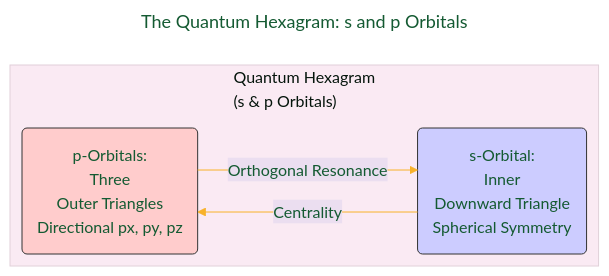
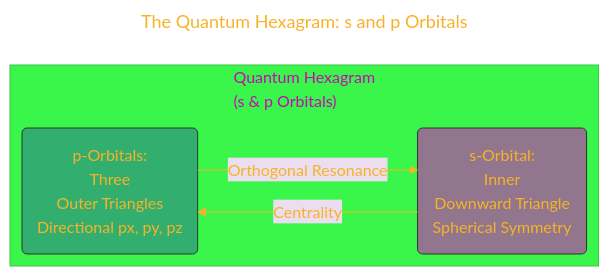
Before and after one commit to CongLeSolutionX/Harmonic_Atomica: the first of 10 diagrams in Quantum_Harmonic_Atomic_Model/Quantum_Harmonic_Atomic_Model_Draft_6.md, drawn with Mermaid. The commit also changed other lines of this file and 1 other file, not shown here.

````diff
--- a/Quantum_Harmonic_Atomic_Model/Quantum_Harmonic_Atomic_Model_Draft_6.md
+++ b/Quantum_Harmonic_Atomic_Model/Quantum_Harmonic_Atomic_Model_Draft_6.md
@@ -25,39 +25,39 @@
 ```mermaid
 ---
 title: "The Quantum Hexagram: s and p Orbitals"
 author: "Cong Le"
 version: "1.0"
 license(s): "MIT, CC BY 4.0"
 copyright: "Copyright (c) 2025 Cong Le. All Rights Reserved."
 config:
   layout: elk
   theme: base
 ---
 %%%%%%%% Mermaid version v11.4.1-b.14
 %%%%%%%% Available curve styles include the following keywords:
 %% basis, bumpX, bumpY, cardinal, catmullRom, linear, monotoneX, monotoneY, natural, step, stepAfter, stepBefore.
 %%{
   init: {
     'flowchart': { 'htmlLabels': true, 'curve': 'linear' },
     'fontFamily': 'Monaco',
     'themeVariables': {
-      'primaryColor': '#D5F5E3',
-      'primaryTextColor': '#145A32',
+      'primaryColor': '#F522E3',
+      'primaryTextColor': '#F8B229',
       'lineColor': '#F8B229',
-      'primaryBorderColor': '#27AE60',
+      'primaryBorderColor': '#E629',
       'secondaryColor': '#EBDEF0',
       'secondaryTextColor': '#6C3483',
       'secondaryBorderColor': '#A569BD'
     }
   }
 }%%
-graph LR
+flowchart LR
     subgraph Hexagram["Quantum Hexagram<br/>(s & p Orbitals)"]
     direction LR
         A("s-Orbital:<br/>Inner<br>Downward Triangle<br>Spherical Symmetry") --Centrality--> B("p-Orbitals:<br/>Three<br>Outer Triangles<br>Directional px, py, pz")
         B --Orthogonal Resonance--> A
     end
-    style A fill:#ccf,stroke:#333,stroke-width:1px
-    style B fill:#fcc,stroke:#333,stroke-width:1px
+    style A fill:#c2b9,stroke:#333,stroke-width:1px
+    style B fill:#22B5,stroke:#333,stroke-width:1px
     
 ```
````
